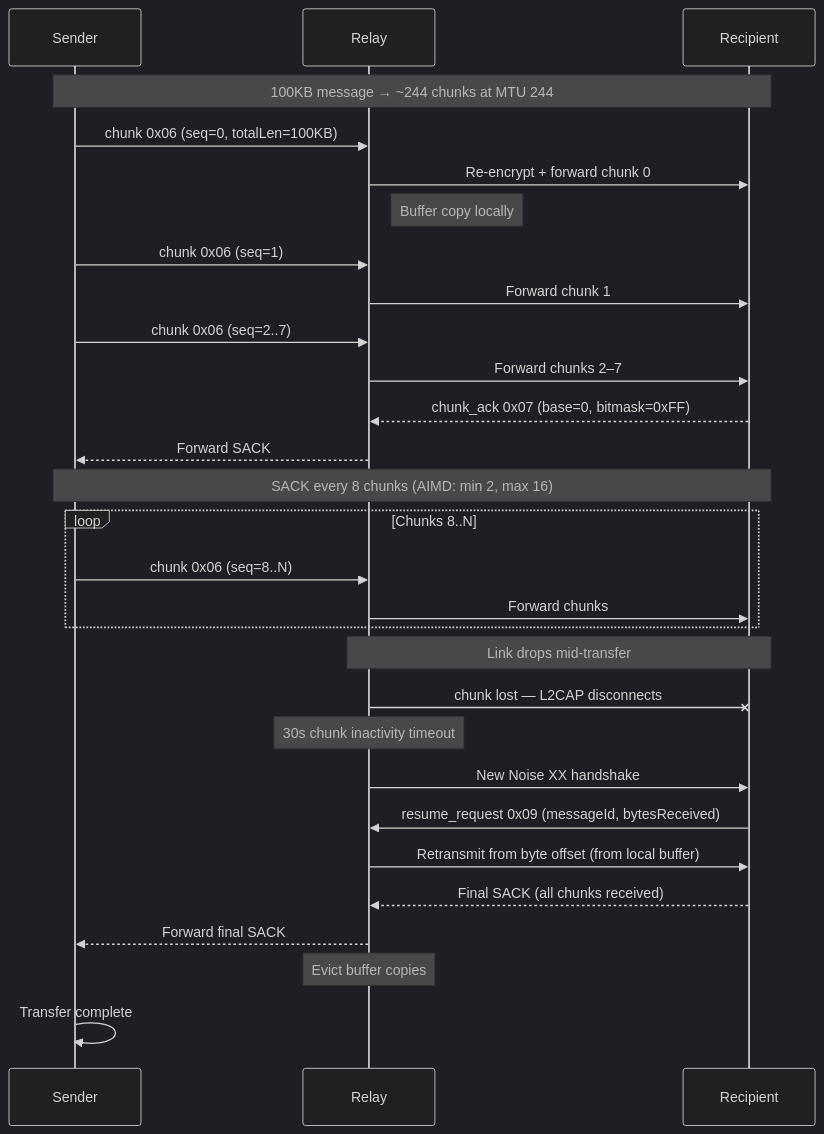
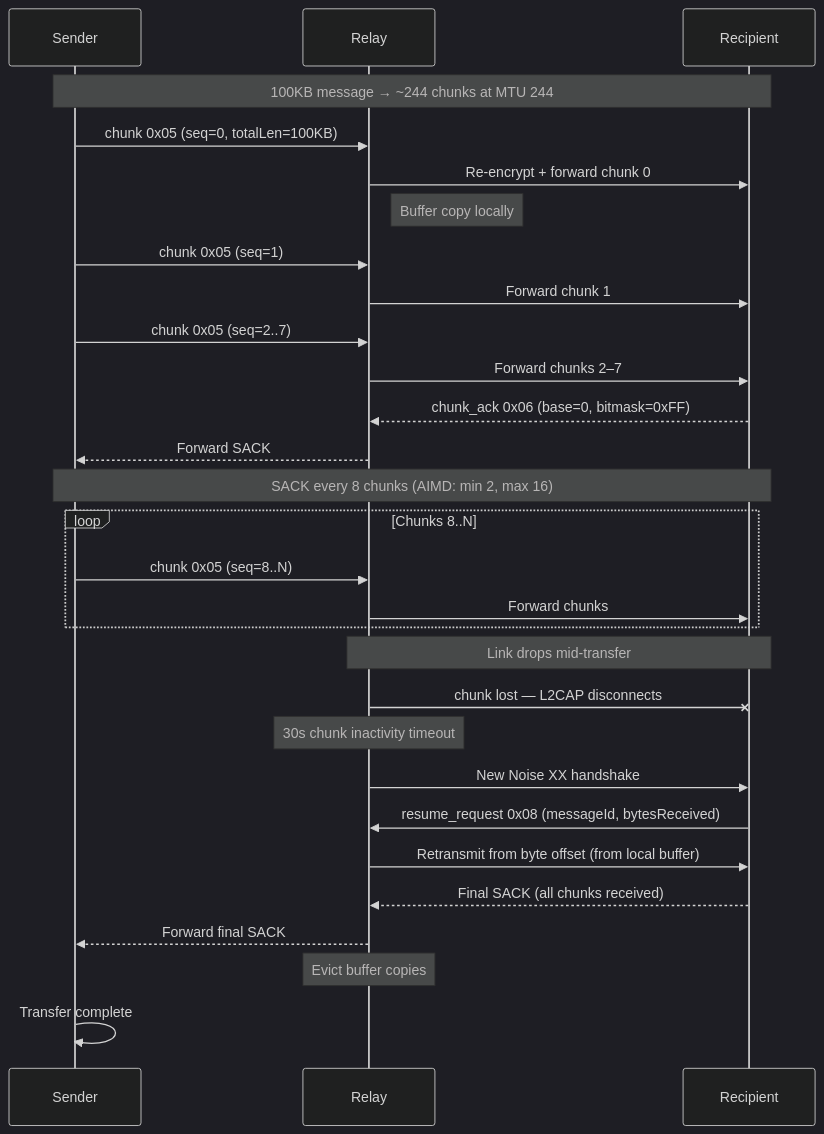
The tenth of 14 diagrams in docs/diagrams.md (trancee/MeshLink), drawn with Mermaid (dark theme) before and after one commit. The commit also changed other lines of this file and 27 other files, not shown here.

````diff
--- a/docs/diagrams.md
+++ b/docs/diagrams.md
@@ -336,43 +335,43 @@
 ```mermaid
 sequenceDiagram
     participant S as Sender
     participant R as Relay
     participant D as Recipient
 
     Note over S,D: 100KB message → ~244 chunks at MTU 244
 
-    S->>R: chunk 0x06 (seq=0, totalLen=100KB)
+    S->>R: chunk 0x05 (seq=0, totalLen=100KB)
     R->>D: Re-encrypt + forward chunk 0
     Note right of R: Buffer copy locally
 
-    S->>R: chunk 0x06 (seq=1)
+    S->>R: chunk 0x05 (seq=1)
     R->>D: Forward chunk 1
 
-    S->>R: chunk 0x06 (seq=2..7)
+    S->>R: chunk 0x05 (seq=2..7)
     R->>D: Forward chunks 2–7
 
-    D-->>R: chunk_ack 0x07 (base=0, bitmask=0xFF)
+    D-->>R: chunk_ack 0x06 (base=0, bitmask=0xFF)
     R-->>S: Forward SACK
 
     Note over S,D: SACK every 8 chunks (AIMD: min 2, max 16)
 
     loop Chunks 8..N
-        S->>R: chunk 0x06 (seq=8..N)
+        S->>R: chunk 0x05 (seq=8..N)
         R->>D: Forward chunks
     end
 
     Note over R,D: Link drops mid-transfer
 
     R-xD: chunk lost — L2CAP disconnects
 
     Note over R: 30s chunk inactivity timeout
     R->>D: New Noise XX handshake
-    D->>R: resume_request 0x09 (messageId, bytesReceived)
+    D->>R: resume_request 0x08 (messageId, bytesReceived)
     R->>D: Retransmit from byte offset (from local buffer)
 
     D-->>R: Final SACK (all chunks received)
     R-->>S: Forward final SACK
     Note over R: Evict buffer copies
 
     S->>S: Transfer complete
 ```
````
